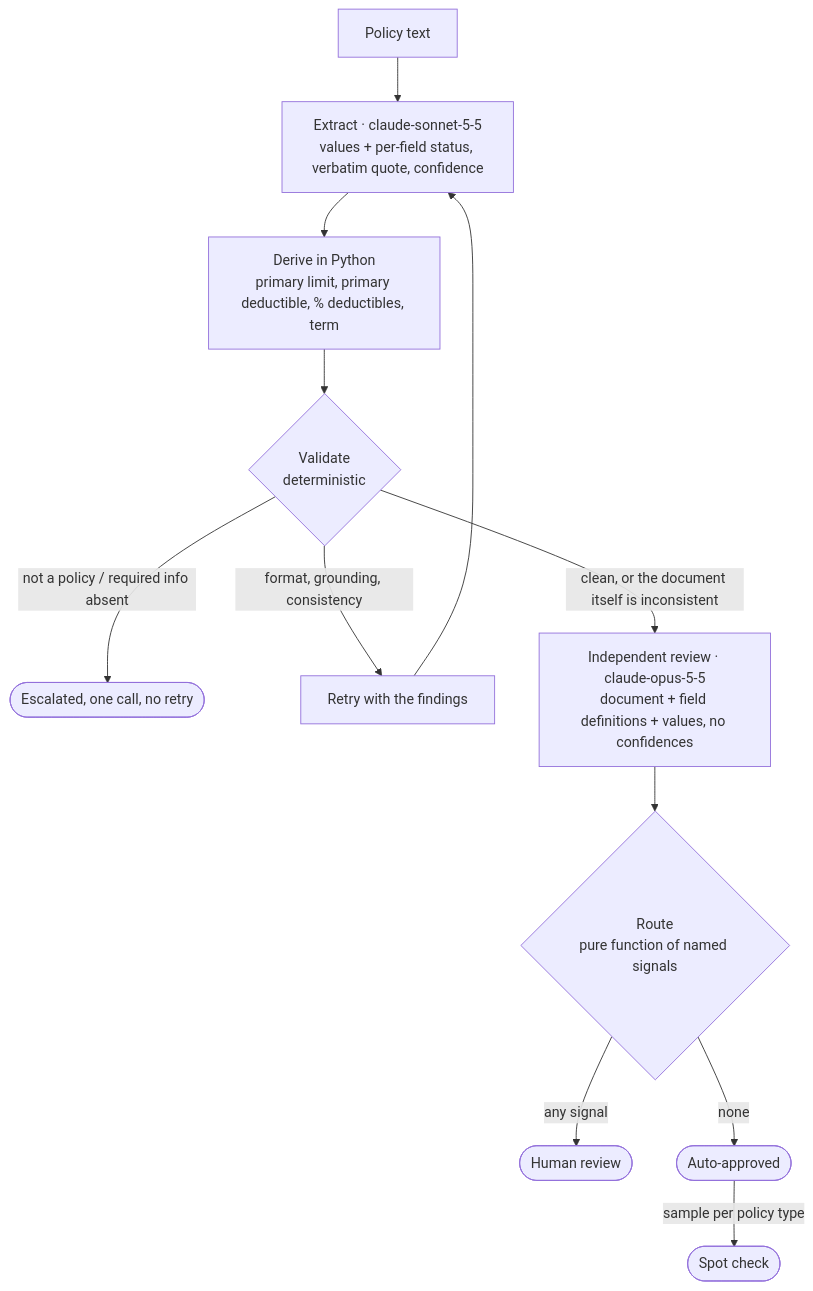
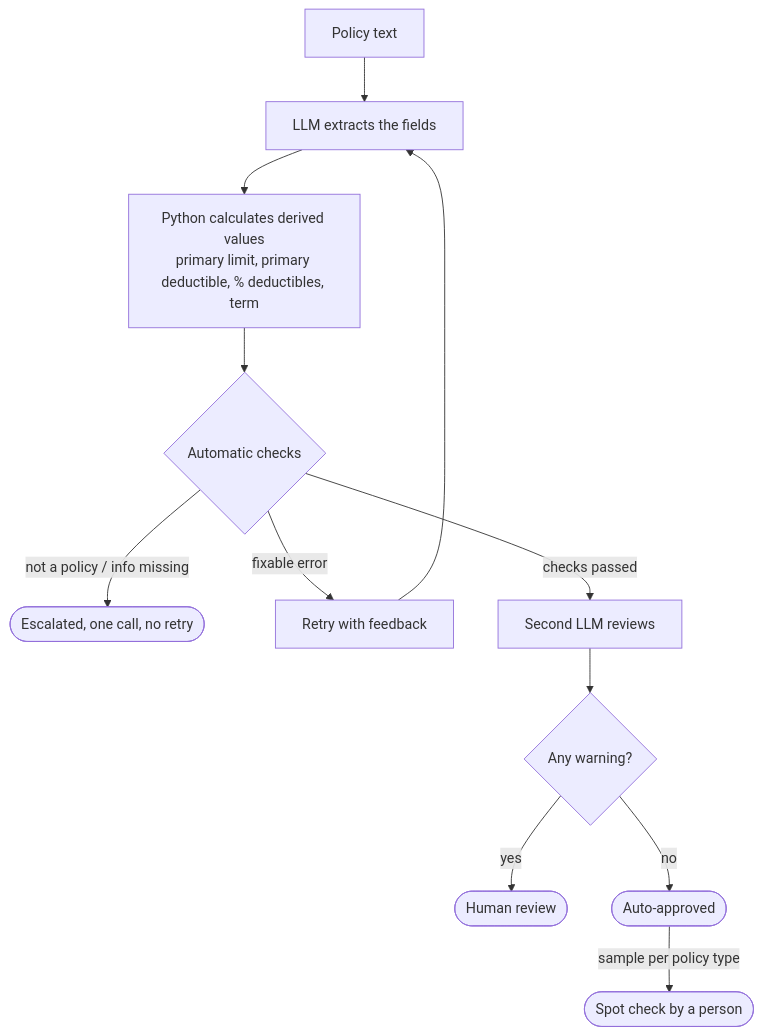
Before and after one commit to tohver/agentic-document-extraction-system: the diagram in README.md, drawn with Mermaid. The commit also changed other lines of this file and 1 other file, not shown here.

````diff
--- a/README.md
+++ b/README.md
@@ -83,14 +33,14 @@
 ```mermaid
 flowchart TD
-    D[Policy text] --> E["Extract · claude-sonnet-5-5<br/>values + per-field status, verbatim quote, confidence"]
-    E --> P["Derive in Python<br/>primary limit, primary deductible, % deductibles, term"]
-    P --> V{"Validate<br/>deterministic"}
-    V -- "not a policy / required info absent" --> X([Escalated, one call, no retry])
-    V -- "format, grounding, consistency" --> R[Retry with the findings]
+    D[Policy text] --> E["LLM extracts the fields"]
+    E --> P["Python calculates derived values<br/>primary limit, primary deductible, % deductibles, term"]
+    P --> V{"Automatic checks"}
+    V -- "not a policy / info missing" --> X([Escalated, one call, no retry])
+    V -- "fixable error" --> R[Retry with feedback]
     R --> E
-    V -- "clean, or the document itself is inconsistent" --> W["Independent review · claude-opus-5-5<br/>document + field definitions + values, no confidences"]
-    W --> T{"Route<br/>pure function of named signals"}
-    T -- any signal --> H([Human review])
-    T -- none --> A([Auto-approved])
-    A -- "sample per policy type" --> S([Spot check])
+    V -- "checks passed" --> W["Second LLM reviews"]
+    W --> T{"Any warning?"}
+    T -- yes --> H([Human review])
+    T -- no --> A([Auto-approved])
+    A -- "sample per policy type" --> S([Spot check by a person])
 ```
````
